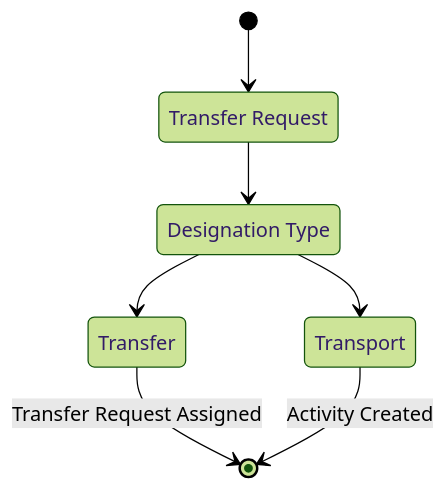
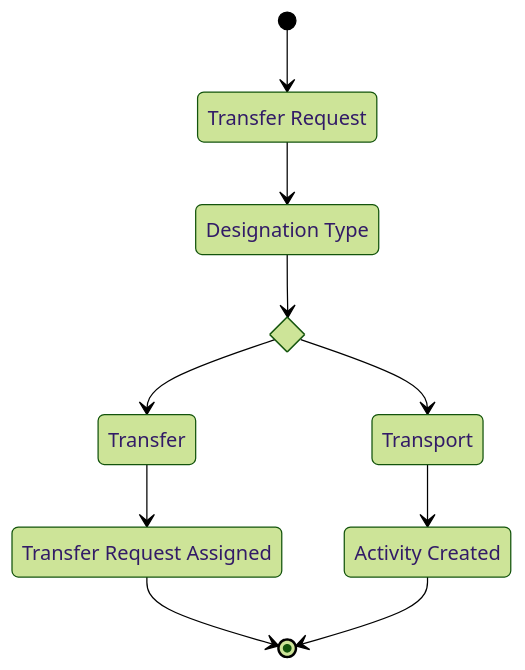
The diagram in docs/core_functions/transfer_request_designation.mdx (theonewhowritesthedocs/lwms-docs), drawn with Mermaid (forest theme) before and after one commit.

Commit message:
Update flow diagram for Transfer Request Designation

````diff
--- a/docs/core_functions/transfer_request_designation.mdx
+++ b/docs/core_functions/transfer_request_designation.mdx
@@ -13,14 +13,22 @@
 ```mermaid
 stateDiagram-v2
     state "Transfer Request" as transfer_request
     state "Designation Type" as designation_type
     state "Transfer" as transfer_procedure
     state "Transport" as transport_procedure
 
+    state "Transfer Request Assigned" as transfer_request_assigned
+    state "Activity Created" as activity_created
+
+    state select_designation_type <<choice>>
+
     [*] --> transfer_request
     transfer_request --> designation_type
-    designation_type --> transfer_procedure
-    designation_type --> transport_procedure
-    transfer_procedure --> [*]: Transfer Request Assigned
-    transport_procedure --> [*]: Activity Created 
+    designation_type --> select_designation_type
+    select_designation_type --> transfer_procedure
+    select_designation_type --> transport_procedure
+    transfer_procedure --> transfer_request_assigned
+    transport_procedure --> activity_created
+    transfer_request_assigned --> [*]
+    activity_created --> [*]
 ```
````
